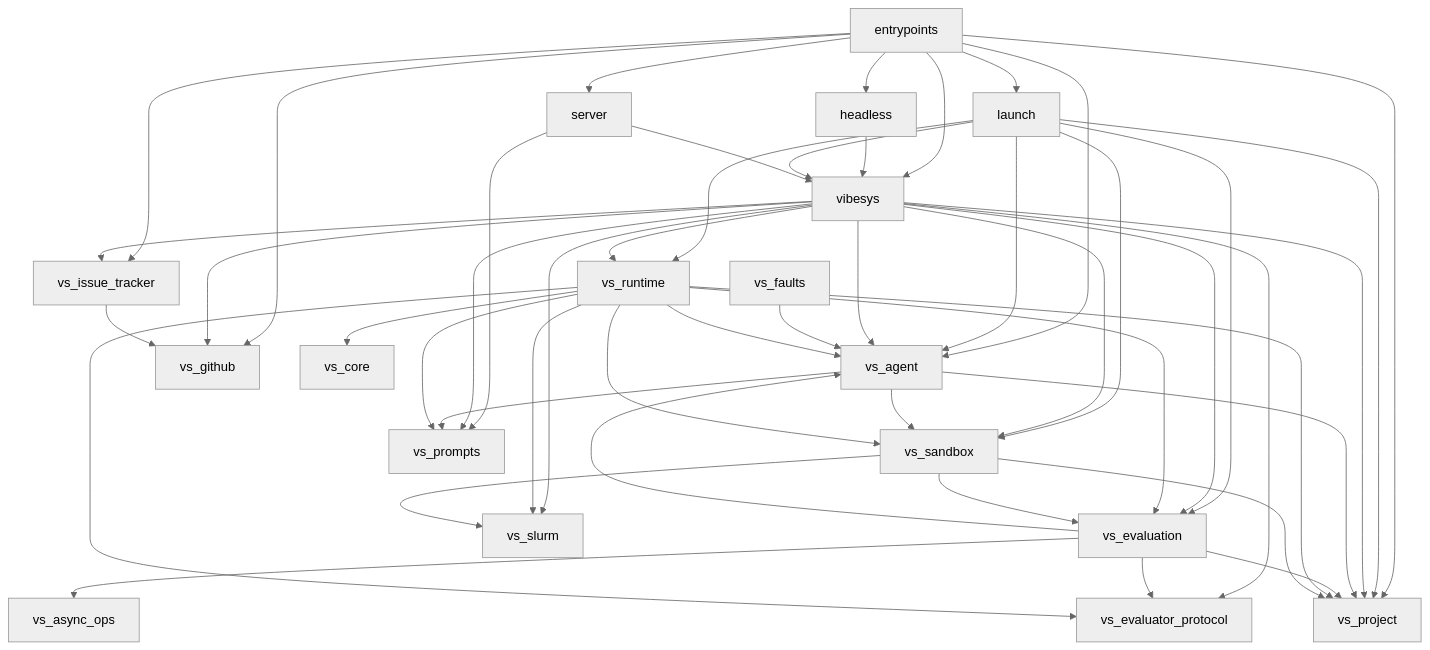
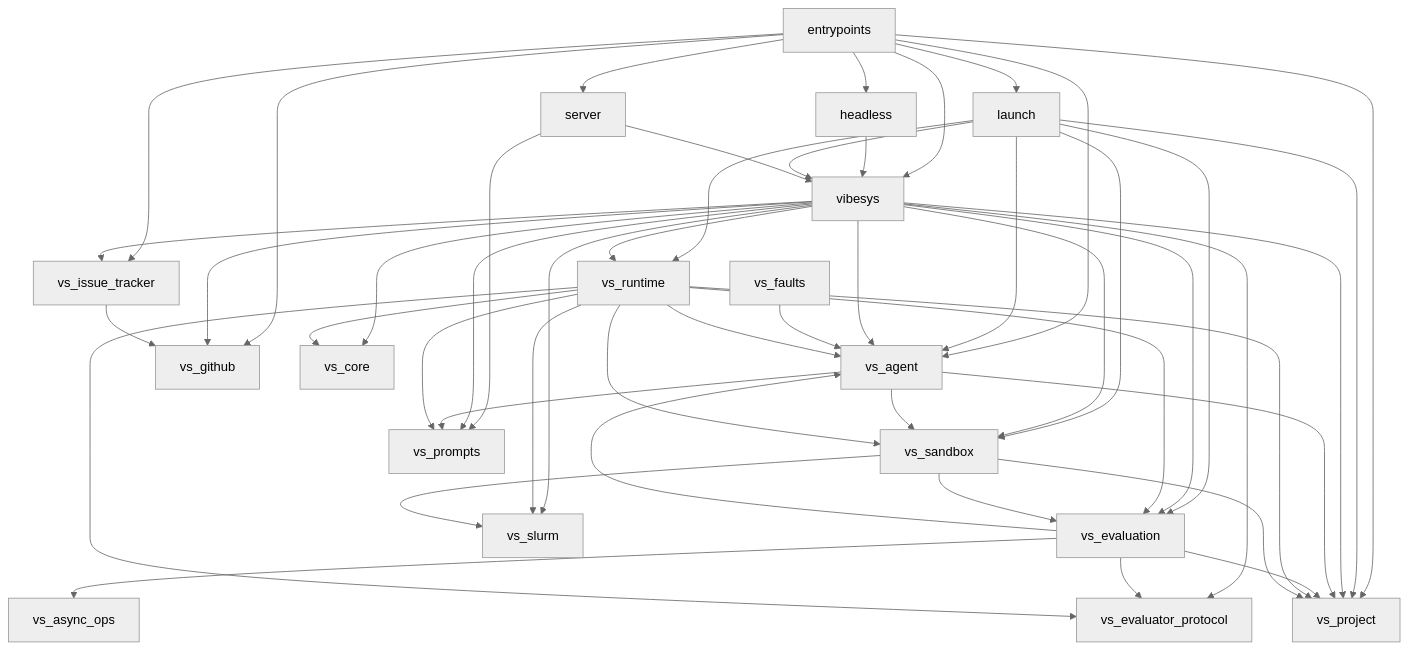
One commit to uw-syfi/vibesys changed the first of 3 diagrams in docs/contributing/architecture.md. Above: the diagram before and after it, drawn with Mermaid (neutral theme). The commit also changed other lines of this file and 9 other files, not shown here.

First line of the commit message:
feat(vibesys): host composition for a core run

````diff
--- a/docs/contributing/architecture.md
+++ b/docs/contributing/architecture.md
@@ -87,50 +87,51 @@
 ```mermaid
 graph TD
     entrypoints --> headless
     entrypoints --> launch
     entrypoints --> server
     entrypoints --> vibesys
     entrypoints --> vs_agent
     entrypoints --> vs_github
     entrypoints --> vs_issue_tracker
     entrypoints --> vs_project
     headless --> vibesys
     launch --> vibesys
     launch --> vs_agent
     launch --> vs_evaluation
     launch --> vs_project
     launch --> vs_runtime
     launch --> vs_sandbox
     server --> vibesys
     server --> vs_prompts
     vibesys --> vs_agent
+    vibesys --> vs_core
     vibesys --> vs_evaluation
     vibesys --> vs_evaluator_protocol
     vibesys --> vs_github
     vibesys --> vs_issue_tracker
     vibesys --> vs_project
     vibesys --> vs_prompts
     vibesys --> vs_runtime
     vibesys --> vs_sandbox
     vibesys --> vs_slurm
     vs_agent --> vs_project
     vs_agent --> vs_prompts
     vs_agent --> vs_sandbox
     vs_evaluation --> vs_agent
     vs_evaluation --> vs_async_ops
     vs_evaluation --> vs_evaluator_protocol
     vs_evaluation --> vs_project
     vs_faults --> vs_agent
     vs_issue_tracker --> vs_github
     vs_runtime --> vs_agent
     vs_runtime --> vs_core
     vs_runtime --> vs_evaluation
     vs_runtime --> vs_evaluator_protocol
     vs_runtime --> vs_project
     vs_runtime --> vs_prompts
     vs_runtime --> vs_sandbox
     vs_runtime --> vs_slurm
     vs_sandbox --> vs_evaluation
     vs_sandbox --> vs_project
     vs_sandbox --> vs_slurm
 ```
````
